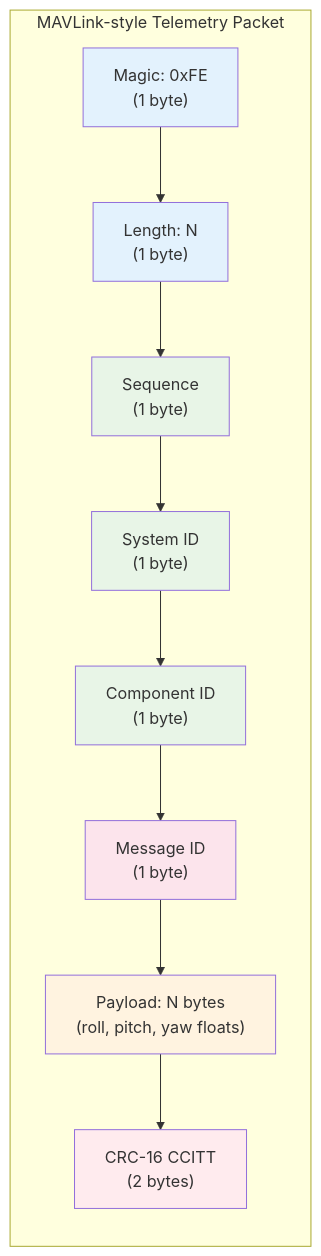
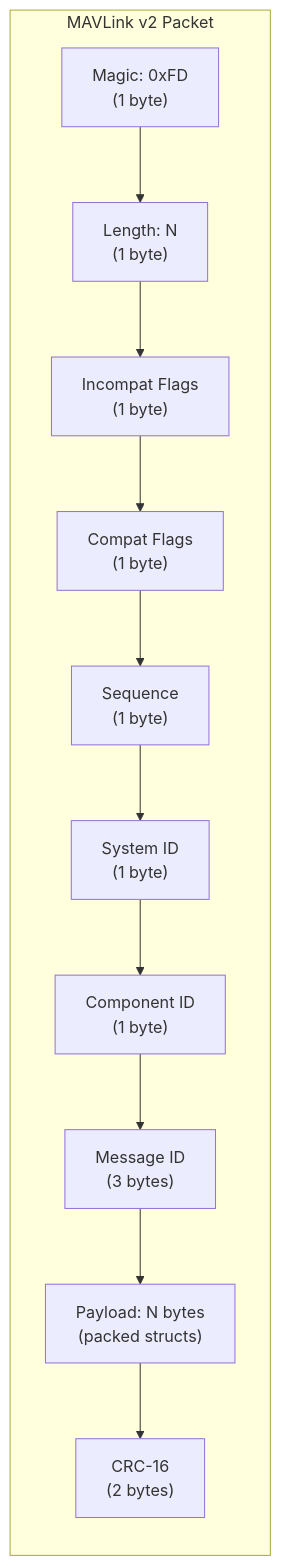
Before and after one commit to Ganeshkumara26/radar-inertial-georeferencer: the first of 3 diagrams in docs/protocol.md, drawn with Mermaid. The commit also changed other lines of this file and 215 other files, not shown here.

````diff
--- a/docs/protocol.md
+++ b/docs/protocol.md
@@ -7,23 +15,16 @@
 ```mermaid
 flowchart LR
-    subgraph Packet["MAVLink-style Telemetry Packet"]
-        MAGIC["Magic: 0xFE<br/>(1 byte)"]
+    subgraph Packet["MAVLink v2 Packet"]
+        MAGIC["Magic: 0xFD<br/>(1 byte)"]
         LENGTH["Length: N<br/>(1 byte)"]
+        INCOMPAT["Incompat Flags<br/>(1 byte)"]
+        COMPAT["Compat Flags<br/>(1 byte)"]
         SEQ["Sequence<br/>(1 byte)"]
         SYSID["System ID<br/>(1 byte)"]
         COMPID["Component ID<br/>(1 byte)"]
-        MSGID["Message ID<br/>(1 byte)"]
-        PAYLOAD["Payload: N bytes<br/>(roll, pitch, yaw floats)"]
-        CRC16["CRC-16 CCITT<br/>(2 bytes)"]
+        MSGID["Message ID<br/>(3 bytes)"]
+        PAYLOAD["Payload: N bytes<br/>(packed structs)"]
+        CRC["CRC-16<br/>(2 bytes)"]
     end
-    MAGIC --> LENGTH --> SEQ --> SYSID --> COMPID --> MSGID --> PAYLOAD --> CRC16
-
-    style MAGIC fill:#e3f2fd
-    style LENGTH fill:#e3f2fd
-    style SEQ fill:#e8f5e7
-    style SYSID fill:#e8f5e7
-    style COMPID fill:#e8f5e7
-    style MSGID fill:#fce4ec
-    style PAYLOAD fill:#fff3e0
-    style CRC16 fill:#ffebee
+    MAGIC --> LENGTH --> INCOMPAT --> COMPAT --> SEQ --> SYSID --> COMPID --> MSGID --> PAYLOAD --> CRC
 ```
````
